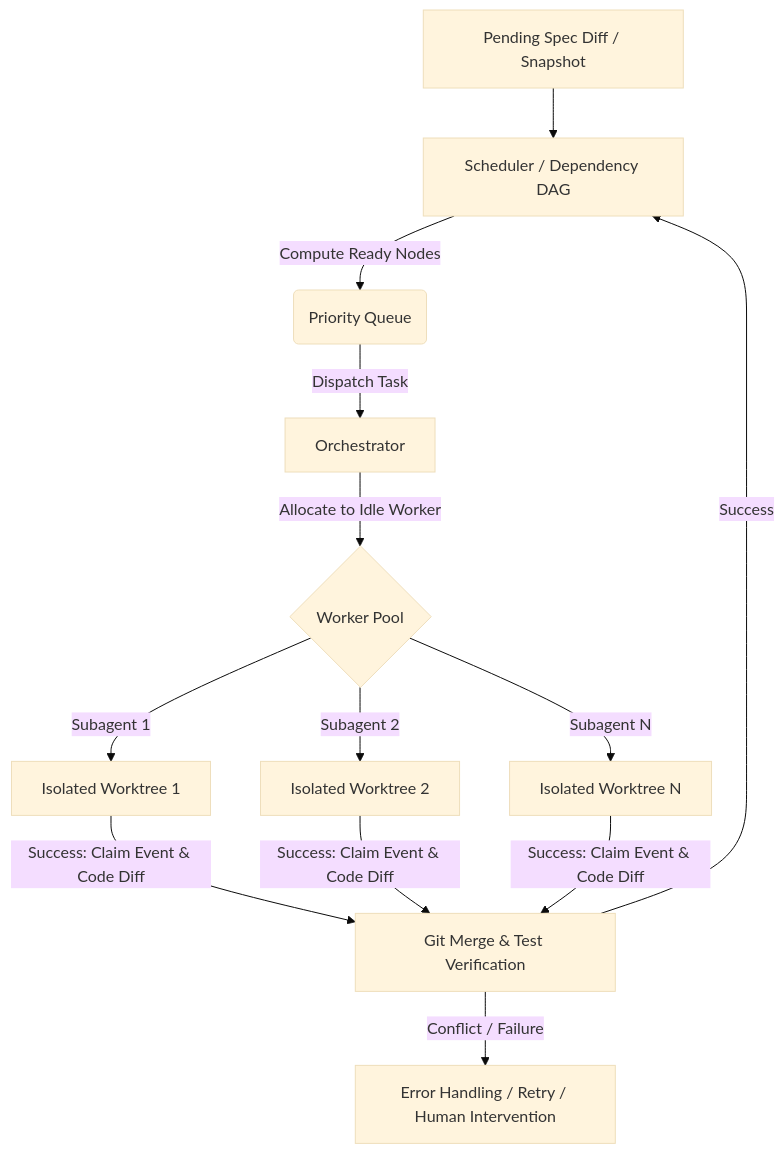
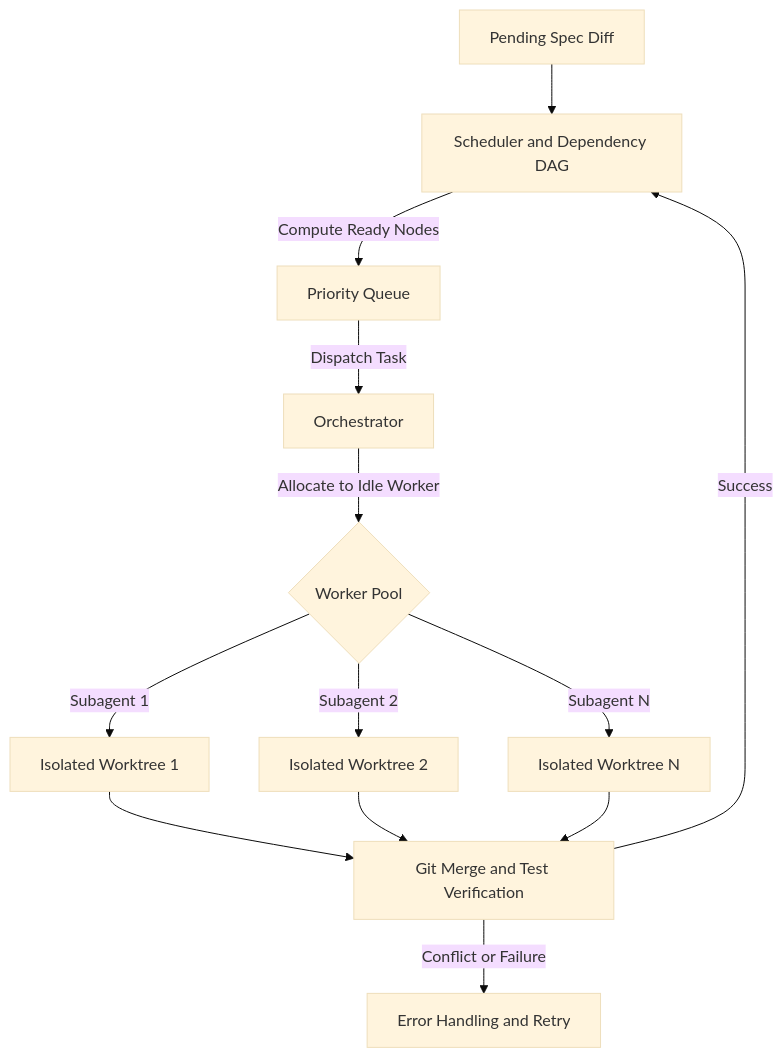
Before and after one commit to drhodes/libspec: the diagram in docs/agent_queue_brainstorm.md, drawn with Mermaid (base theme). The commit also changed other lines of this file and 6 other files, not shown here.

Commit message:
fix(docs): resolve mermaid 11 syntax errors across documentation diagrams

````diff
--- a/docs/agent_queue_brainstorm.md
+++ b/docs/agent_queue_brainstorm.md
@@ -15,13 +15,15 @@
 ```mermaid
-graph TD
-    A[Pending Spec Diff / Snapshot] --> B[Scheduler / Dependency DAG]
-    B -->|Compute Ready Nodes| C(Priority Queue)
-    C -->|Dispatch Task| D[Orchestrator]
-    D -->|Allocate to Idle Worker| E{Worker Pool}
-    E -->|Subagent 1| F[Isolated Worktree 1]
-    E -->|Subagent 2| G[Isolated Worktree 2]
-    E -->|Subagent N| H[Isolated Worktree N]
-    F & G & H -->|Success: Claim Event & Code Diff| I[Git Merge & Test Verification]
+flowchart TD
+    A["Pending Spec Diff"] --> B["Scheduler and Dependency DAG"]
+    B -->|Compute Ready Nodes| C["Priority Queue"]
+    C -->|Dispatch Task| D["Orchestrator"]
+    D -->|Allocate to Idle Worker| E{"Worker Pool"}
+    E -->|Subagent 1| F["Isolated Worktree 1"]
+    E -->|Subagent 2| G["Isolated Worktree 2"]
+    E -->|Subagent N| H["Isolated Worktree N"]
+    F --> I["Git Merge and Test Verification"]
+    G --> I
+    H --> I
     I -->|Success| B
-    I -->|Conflict / Failure| J[Error Handling / Retry / Human Intervention]
+    I -->|Conflict or Failure| J["Error Handling and Retry"]
 ```
````
